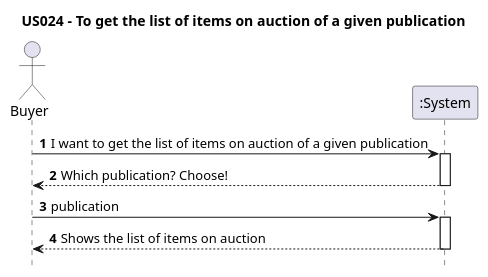
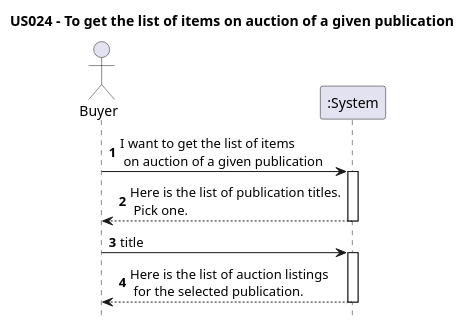
The diagram in Diagrams/SequenceDiagrams/N1/US024-to-get-the-list-of-items-on-auction-of-a-given-publication.puml (AndrePereiraGitH/SWitCH-Project-Team_A), drawn with PlantUML before and after one commit. The commit also changed 6 other files, not shown here.

```diff
--- a/Diagrams/SequenceDiagrams/N1/US024-to-get-the-list-of-items-on-auction-of-a-given-publication.puml
+++ b/Diagrams/SequenceDiagrams/N1/US024-to-get-the-list-of-items-on-auction-of-a-given-publication.puml
@@ -1,19 +1,19 @@
 @startuml
 
 hide footbox
 autonumber
 title US024 - To get the list of items on auction of a given publication
 
 actor Buyer
 participant ":System" as System
 
-Buyer -> System : I want to get the list of items on auction of a given publication
+Buyer -> System :  I want to get the list of items\n on auction of a given publication
 activate System
-Buyer <-- System : Which publication? Choose!
+Buyer <-- System : Here is the list of publication titles.\n Pick one.
 deactivate System
-Buyer -> System : publication
+Buyer -> System : title
 activate System
-System --> Buyer : Shows the list of items on auction
+System --> Buyer : Here is the list of auction listings\n for the selected publication.
 deactivate System
 
 @enduml
```
